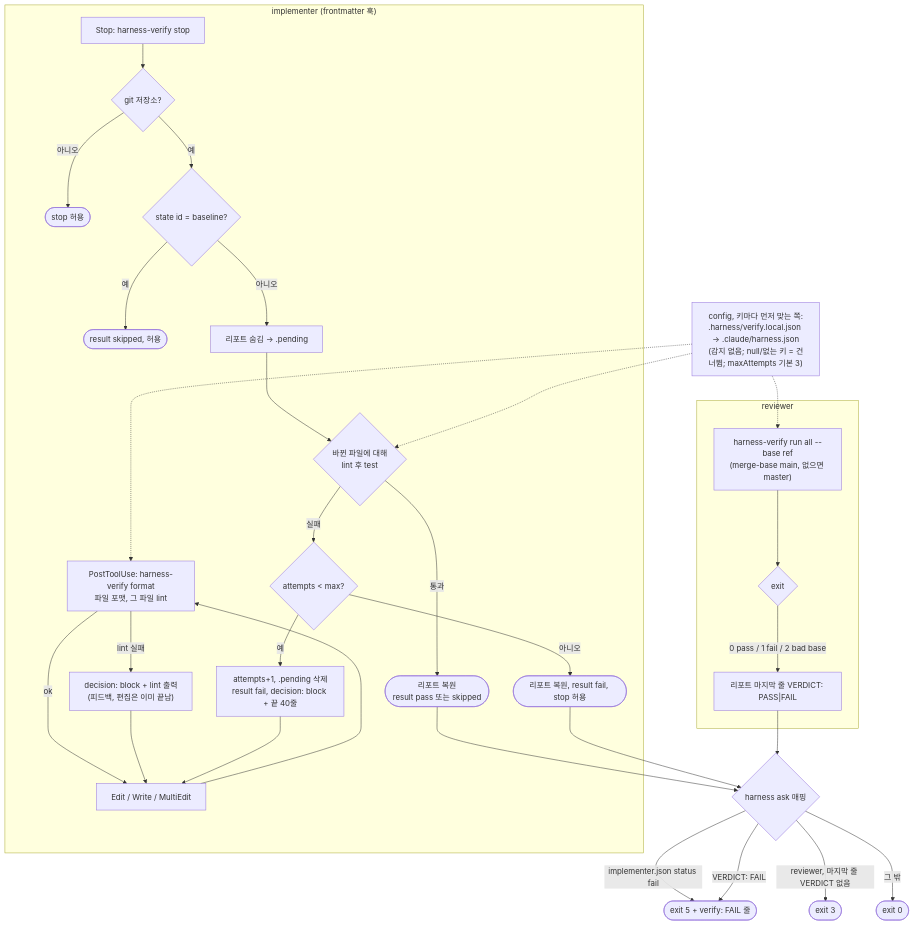
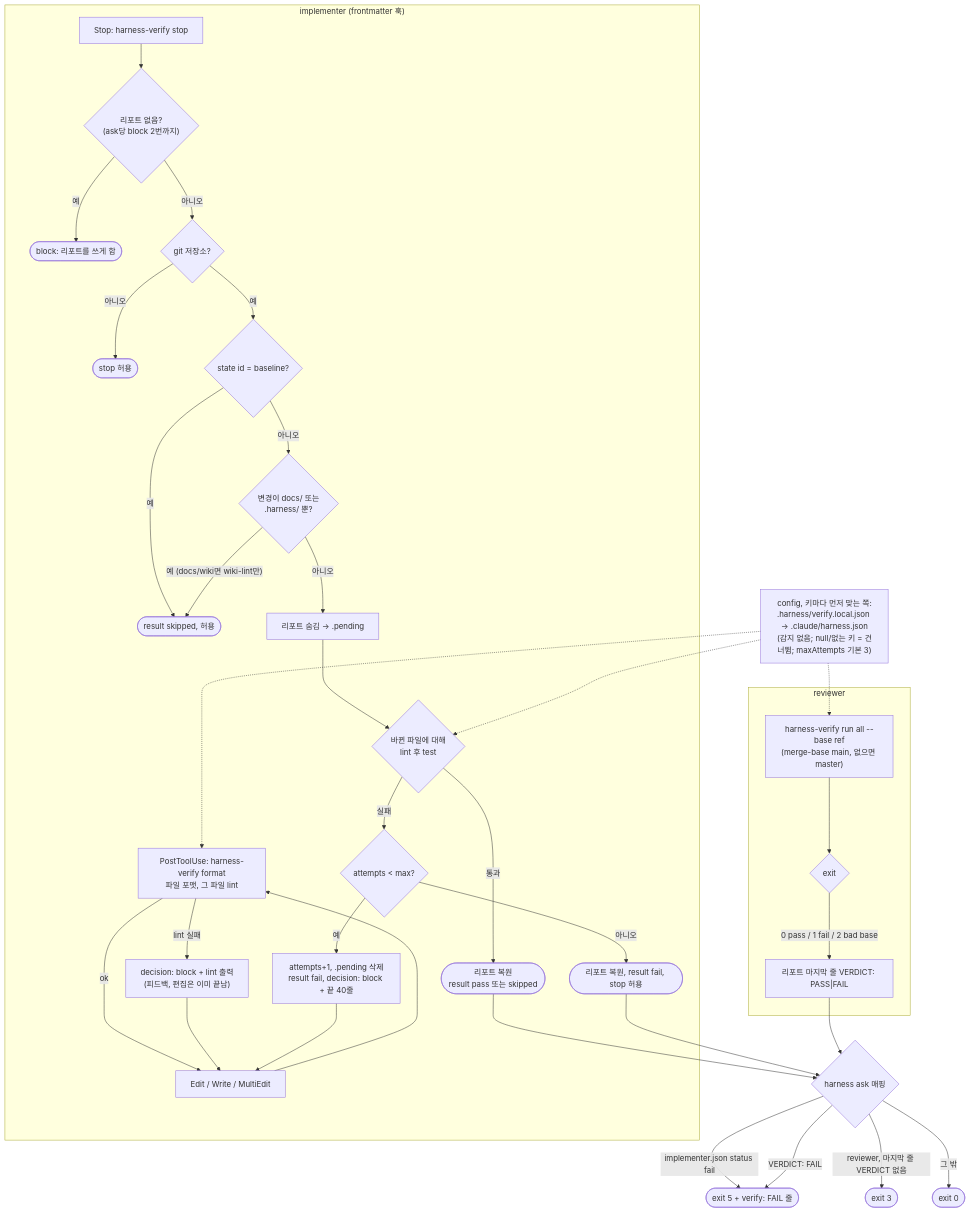
Before and after one commit to geonhos/claude-code-setup: the fourth of 4 diagrams in docs/architecture.md, drawn with Mermaid. The commit also changed other lines of this file and 3 other files, not shown here.

````diff
--- a/docs/architecture.md
+++ b/docs/architecture.md
@@ -79,31 +79,35 @@
 ```mermaid
 flowchart TD
   CFG["config, 키마다 먼저 맞는 쪽:<br/>.harness/verify.local.json → .claude/harness.json<br/>(감지 없음; null/없는 키 = 건너뜀; maxAttempts 기본 3)"]
   subgraph impl["implementer (frontmatter 훅)"]
     E["Edit / Write / MultiEdit"] --> PT["PostToolUse: harness-verify format<br/>파일 포맷, 그 파일 lint"]
     PT -- "lint 실패" --> FB["decision: block + lint 출력<br/>(피드백, 편집은 이미 끝남)"]
     PT -- ok --> E
     FB --> E
-    ST["Stop: harness-verify stop"] --> NG{"git 저장소?"}
+    ST["Stop: harness-verify stop"] --> RG{"리포트 없음?<br/>(ask당 block 2번까지)"}
+    RG -- 예 --> RB(["block: 리포트를 쓰게 함"])
+    RG -- 아니오 --> NG{"git 저장소?"}
     NG -- 아니오 --> PASS0([stop 허용])
     NG -- 예 --> SAME{"state id = baseline?"}
     SAME -- 예 --> SK(["result skipped, 허용"])
-    SAME -- 아니오 --> HIDE["리포트 숨김 → .pending"] --> LT{"바뀐 파일에 대해<br/>lint 후 test"}
+    SAME -- 아니오 --> DO{"변경이 docs/ 또는<br/>.harness/ 뿐?"}
+    DO -- "예 (docs/wiki면 wiki-lint만)" --> SK
+    DO -- 아니오 --> HIDE["리포트 숨김 → .pending"] --> LT{"바뀐 파일에 대해<br/>lint 후 test"}
     LT -- 통과 --> OKR(["리포트 복원<br/>result pass 또는 skipped"])
     LT -- 실패 --> CAP{"attempts &lt; max?"}
     CAP -- 예 --> BLK["attempts+1, .pending 삭제<br/>result fail, decision: block + 끝 40줄"]
     BLK --> E
     CAP -- 아니오 --> GIVE(["리포트 복원, result fail, stop 허용"])
   end
   subgraph rev["reviewer"]
     RR["harness-verify run all --base ref<br/>(merge-base main, 없으면 master)"] --> RX{"exit"}
     RX -- "0 pass / 1 fail / 2 bad base" --> VD["리포트 마지막 줄 VERDICT: PASS|FAIL"]
   end
   CFG -.-> PT & LT & RR
   OKR & GIVE --> MAP{"harness ask 매핑"}
   VD --> MAP
   MAP -- "implementer.json status fail" --> X5([exit 5 + verify: FAIL 줄])
   MAP -- "VERDICT: FAIL" --> X5
   MAP -- "reviewer, 마지막 줄 VERDICT 없음" --> X3([exit 3])
   MAP -- 그 밖 --> X0([exit 0])
 ```
````
